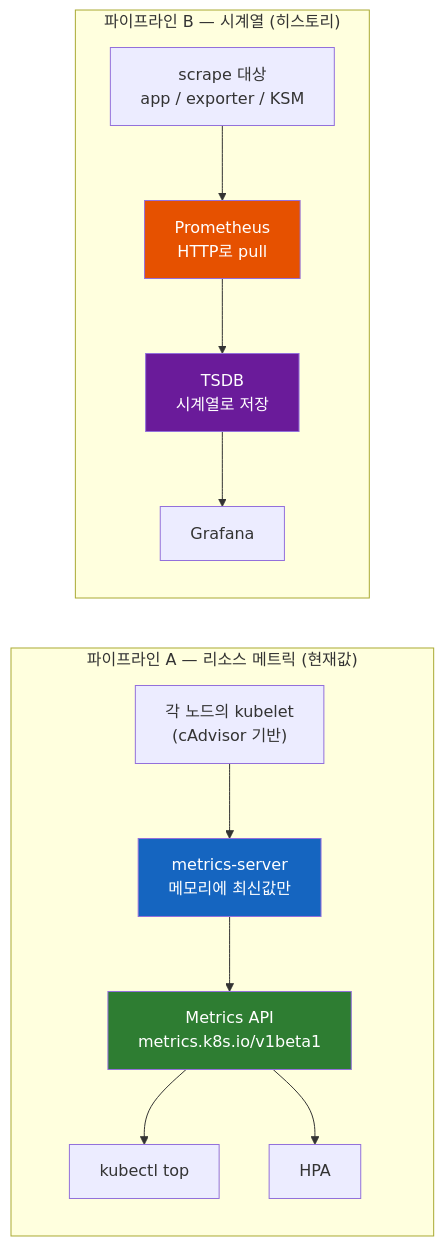
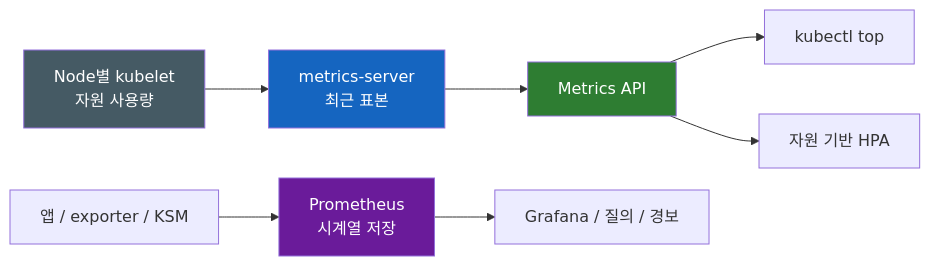
The first of 2 diagrams in kubernetes/Kubernetes-Metrics-Server-Prometheus.md (sskim91/TIL), drawn with Mermaid before and after one commit. The commit also changed other lines of this file and 39 other files, not shown here.

````diff
--- a/kubernetes/Kubernetes-Metrics-Server-Prometheus.md
+++ b/kubernetes/Kubernetes-Metrics-Server-Prometheus.md
@@ -13,18 +37,13 @@
 ```mermaid
 flowchart LR
-    subgraph PA["파이프라인 A — 리소스 메트릭 (현재값)"]
-        KL["각 노드의 kubelet<br>(cAdvisor 기반)"] --> MS["metrics-server<br>메모리에 최신값만"]
-        MS --> MAPI["Metrics API<br>metrics.k8s.io/v1beta1"]
-        MAPI --> TOP["kubectl top"]
-        MAPI --> HPA["HPA"]
-    end
-    subgraph PB["파이프라인 B — 시계열 (히스토리)"]
-        TGT["scrape 대상<br>app / exporter / KSM"] --> PROM["Prometheus<br>HTTP로 pull"]
-        PROM --> TSDB["TSDB<br>시계열로 저장"]
-        TSDB --> GRAF["Grafana"]
-    end
-    style MS fill:#1565C0,color:#fff
-    style MAPI fill:#2E7D32,color:#fff
-    style PROM fill:#E65100,color:#fff
-    style TSDB fill:#6A1B9A,color:#fff
+    K["Node별 kubelet<br>자원 사용량"] --> M["metrics-server<br>최근 표본"]
+    M --> A["Metrics API"]
+    A --> T["kubectl top"]
+    A --> H["자원 기반 HPA"]
+    E["앱 / exporter / KSM"] --> P["Prometheus<br>시계열 저장"]
+    P --> G["Grafana / 질의 / 경보"]
+    style K fill:#455A64,color:#fff
+    style M fill:#1565C0,color:#fff
+    style A fill:#2E7D32,color:#fff
+    style P fill:#6A1B9A,color:#fff
 ```
````
